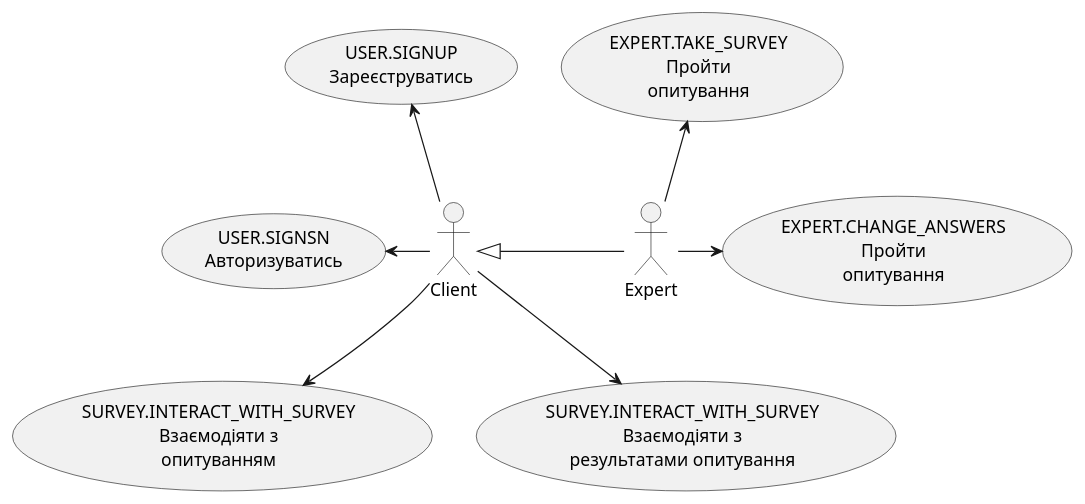
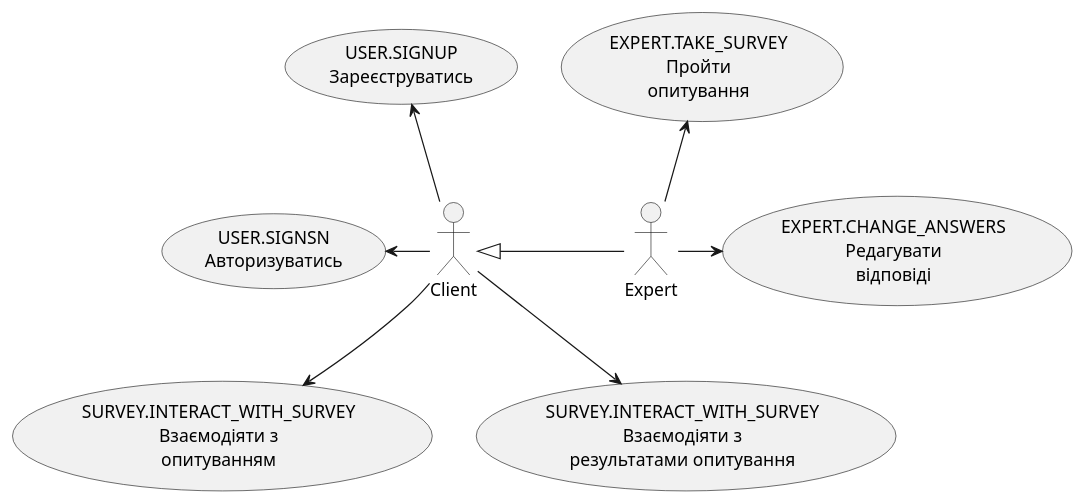
Before and after one commit to olehskomorokha/edu-db-cw-group1Lab6Skomoroha: the diagram in docs/use cases/README.md, drawn with PlantUML.

Commit message:
Update README.md
edit mistakes

```diff
--- a/docs/use cases/README.md
+++ b/docs/use cases/README.md
@@ -7,22 +7,22 @@
 @startuml
 
     actor Expert
     actor Client
 
     usecase "USER.SIGNUP\nЗареєструватиcь" as USignup
     usecase "USER.SIGNSN\nАвторизуватись" as USignin
     usecase "SURVEY.INTERACT_WITH_SURVEY\nВзаємодіяти з\nопитуванням" as SSurvey
     usecase "SURVEY.INTERACT_WITH_SURVEY\\nВзаємодіяти з\nрезультатами опитування" as SResults
     usecase "EXPERT.TAKE_SURVEY\nПройти\nопитування" as ETake
-    usecase "EXPERT.CHANGE_ANSWERS\nПройти\nопитування" as EChange
+    usecase "EXPERT.CHANGE_ANSWERS\nРедагувати\nвідповіді" as EChange
 
 
         Expert -l-|> Client
         Expert -u-> ETake
         Expert -r-> EChange
         Client -u-> USignup
         Client -l-> USignin
         Client -d-> SSurvey
         Client -d-> SResults
 
 @enduml
```
